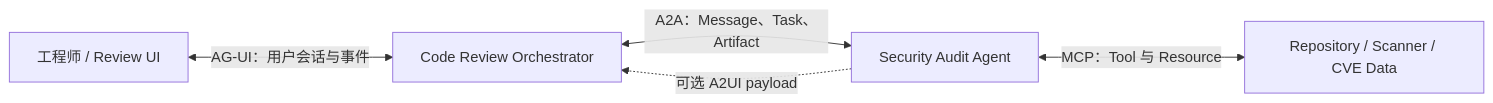
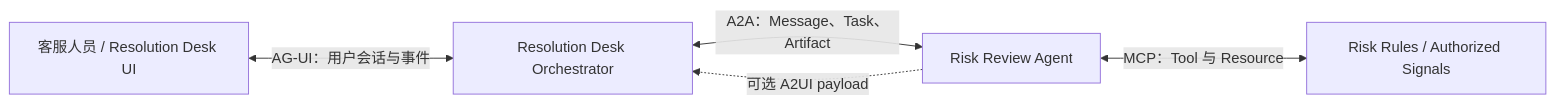
Before and after one commit to whatthehan/masterpiece-static-docs: the first of 4 diagrams in site/07-工具-协议与行动控制/05-A2A与跨Agent协作协议.md, drawn with Mermaid. The commit also changed other lines of this file and 252 other files, not shown here.

````diff
--- a/site/07-工具-协议与行动控制/05-A2A与跨Agent协作协议.md
+++ b/site/07-工具-协议与行动控制/05-A2A与跨Agent协作协议.md
@@ -30,12 +30,12 @@
 ```mermaid
 flowchart LR
-    U["工程师 / Review UI"]
-    O["Code Review Orchestrator"]
-    S["Security Audit Agent"]
-    T["Repository / Scanner / CVE Data"]
+    U["客服人员 / Resolution Desk UI"]
+    O["Resolution Desk Orchestrator"]
+    S["Risk Review Agent"]
+    T["Risk Rules / Authorized Signals"]
 
     U <-->|"AG-UI：用户会话与事件"| O
     O <-->|"A2A：Message、Task、Artifact"| S
     S <-->|"MCP：Tool 与 Resource"| T
     S -.->|"可选 A2UI payload"| O
 ```
````
